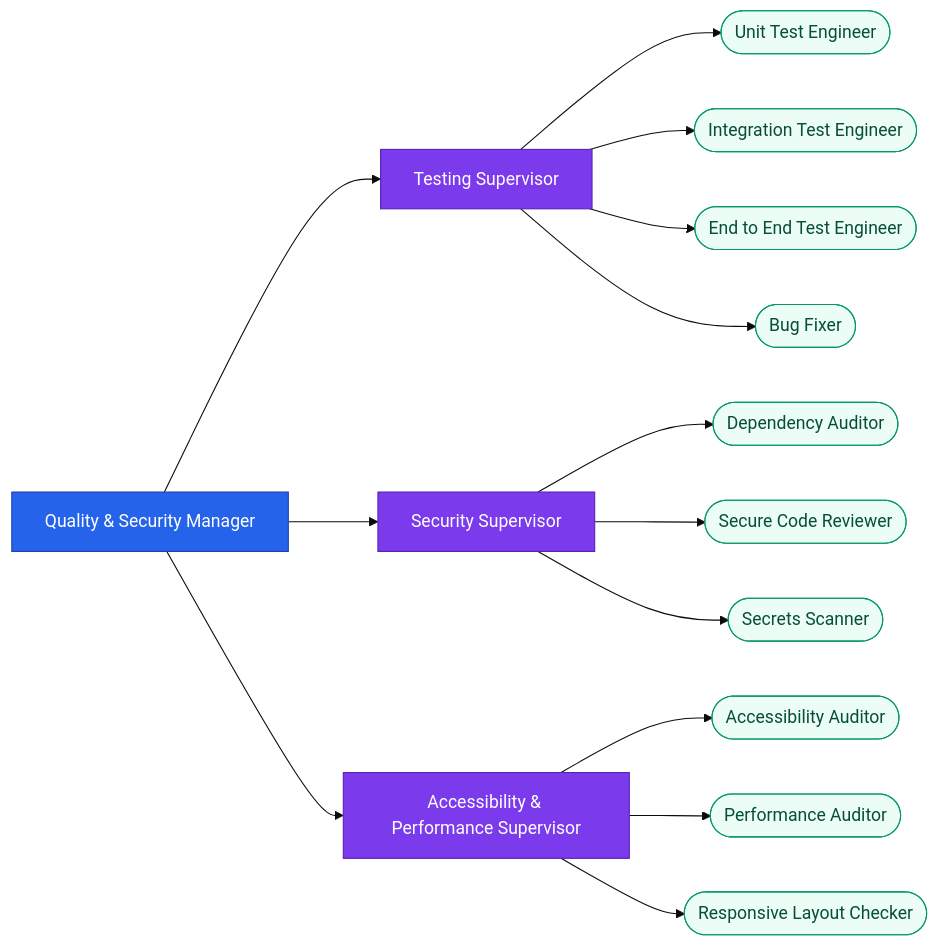
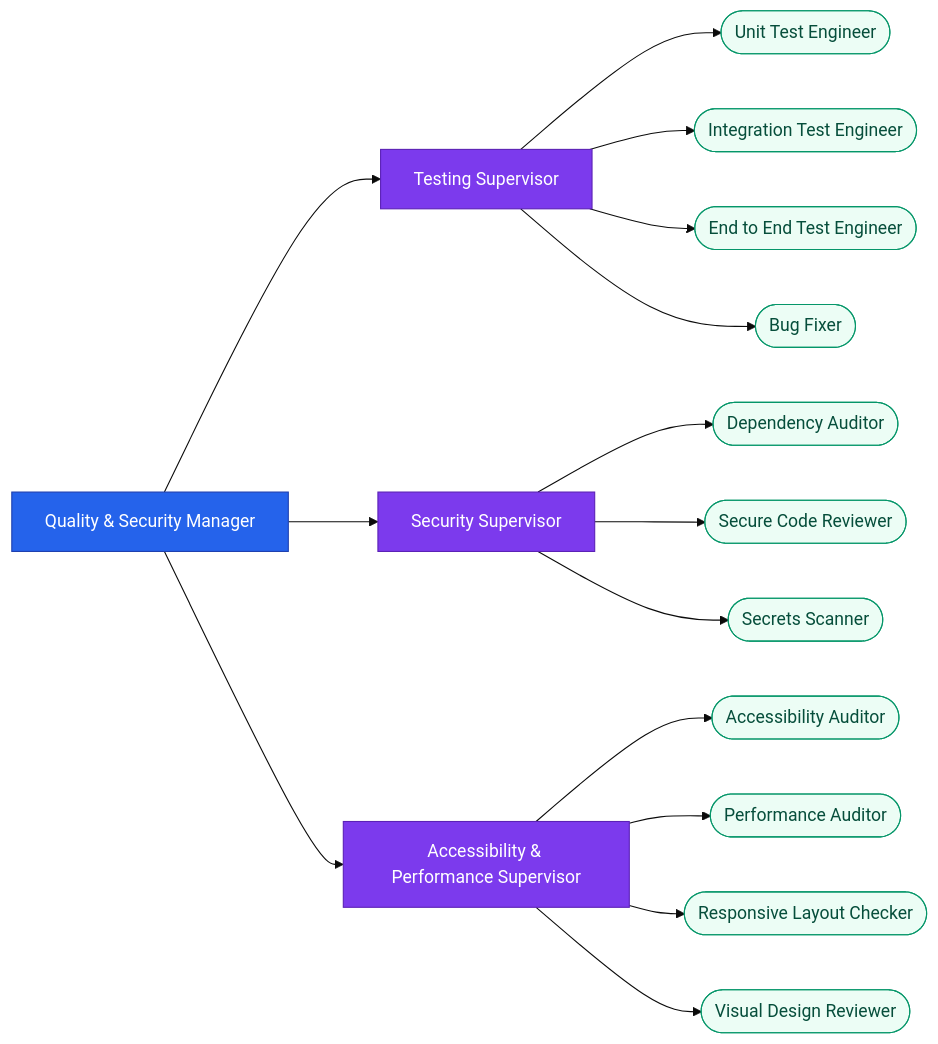
Before and after one commit to Waleed178-del/lets-do-it: the seventh of 8 diagrams in docs/system/02-chain-of-command.md, drawn with Mermaid (base theme). The commit also changed other lines of this file and 14 other files, not shown here.

First line of the commit message:
Enforce delegation in the engine, add @commands verify, diagrams for 2.0

````diff
--- a/docs/system/02-chain-of-command.md
+++ b/docs/system/02-chain-of-command.md
@@ -232,23 +234,24 @@
 ```mermaid
 flowchart LR
     mgr_quality["Quality & Security Manager"]
     mgr_quality --> sup_testing["Testing Supervisor"]
     sup_testing --> wrk_unit_tester(["Unit Test Engineer"])
     sup_testing --> wrk_integration_tester(["Integration Test Engineer"])
     sup_testing --> wrk_e2e_tester(["End to End Test Engineer"])
     sup_testing --> wrk_bug_fixer(["Bug Fixer"])
     mgr_quality --> sup_security["Security Supervisor"]
     sup_security --> wrk_dependency_auditor(["Dependency Auditor"])
     sup_security --> wrk_secure_code_reviewer(["Secure Code Reviewer"])
     sup_security --> wrk_secrets_scanner(["Secrets Scanner"])
     mgr_quality --> sup_experience_audit["Accessibility & Performance Supervisor"]
     sup_experience_audit --> wrk_a11y_auditor(["Accessibility Auditor"])
     sup_experience_audit --> wrk_performance_auditor(["Performance Auditor"])
     sup_experience_audit --> wrk_responsive_checker(["Responsive Layout Checker"])
+    sup_experience_audit --> wrk_visual_reviewer(["Visual Design Reviewer"])
     classDef mgr fill:#2563eb,color:#fff,stroke:#1e40af
     classDef sup fill:#7c3aed,color:#fff,stroke:#5b21b6
     classDef wrk fill:#ecfdf5,color:#064e3b,stroke:#059669
     class mgr_quality mgr
     class sup_testing,sup_security,sup_experience_audit sup
-    class wrk_unit_tester,wrk_integration_tester,wrk_e2e_tester,wrk_bug_fixer,wrk_dependency_auditor,wrk_secure_code_reviewer,wrk_secrets_scanner,wrk_a11y_auditor,wrk_performance_auditor,wrk_responsive_checker wrk
+    class wrk_unit_tester,wrk_integration_tester,wrk_e2e_tester,wrk_bug_fixer,wrk_dependency_auditor,wrk_secure_code_reviewer,wrk_secrets_scanner,wrk_a11y_auditor,wrk_performance_auditor,wrk_responsive_checker,wrk_visual_reviewer wrk
 ```
````
